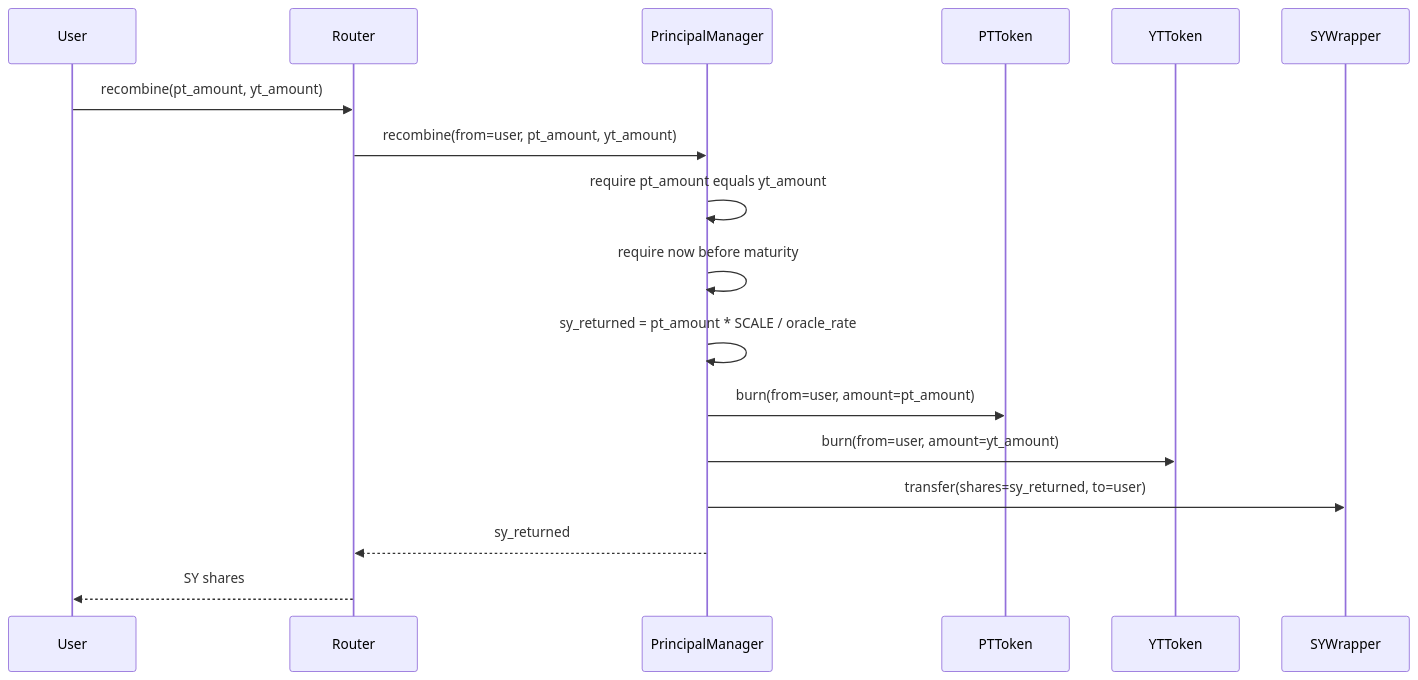
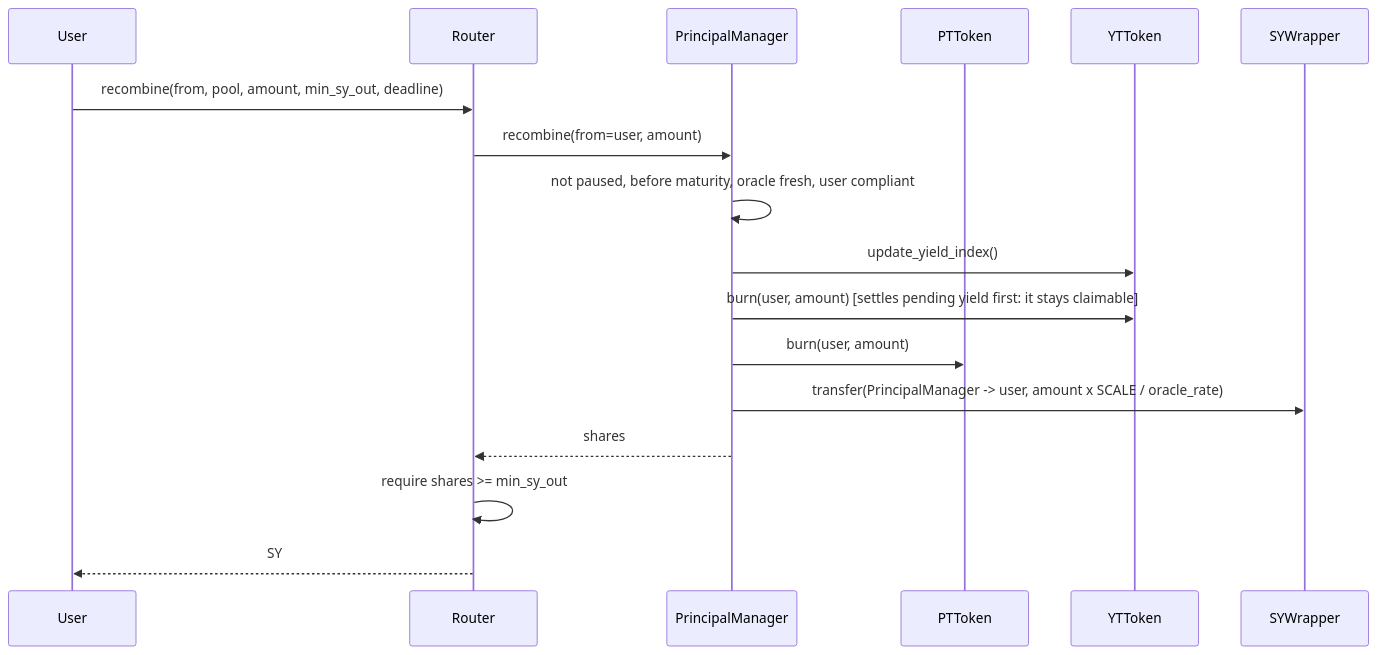
The sixth of 9 diagrams in docs/ARCHITECTURE.md (principal-Protocol-org/principal), drawn with Mermaid before and after one commit. The commit also changed other lines of this file and 43 other files, not shown here.

````diff
--- a/docs/ARCHITECTURE.md
+++ b/docs/ARCHITECTURE.md
@@ -310,20 +298,20 @@
 ```mermaid
 sequenceDiagram
     participant U as User
     participant RT as Router
     participant PM as PrincipalManager
     participant PT as PTToken
     participant YT as YTToken
     participant SYW as SYWrapper
 
-    U->>RT: recombine(pt_amount, yt_amount)
-    RT->>PM: recombine(from=user, pt_amount, yt_amount)
-    PM->>PM: require pt_amount equals yt_amount
-    PM->>PM: require now before maturity
-    PM->>PM: sy_returned = pt_amount * SCALE / oracle_rate
-    PM->>PT: burn(from=user, amount=pt_amount)
-    PM->>YT: burn(from=user, amount=yt_amount)
-    PM->>SYW: transfer(shares=sy_returned, to=user)
-    PM-->>RT: sy_returned
-    RT-->>U: SY shares
+    U->>RT: recombine(from, pool, amount, min_sy_out, deadline)
+    RT->>PM: recombine(from=user, amount)
+    PM->>PM: not paused, before maturity, oracle fresh, user compliant
+    PM->>YT: update_yield_index()
+    PM->>YT: burn(user, amount)   [settles pending yield first: it stays claimable]
+    PM->>PT: burn(user, amount)
+    PM->>SYW: transfer(PrincipalManager -> user, amount x SCALE / oracle_rate)
+    PM-->>RT: shares
+    RT->>RT: require shares >= min_sy_out
+    RT-->>U: SY
 ```
````
